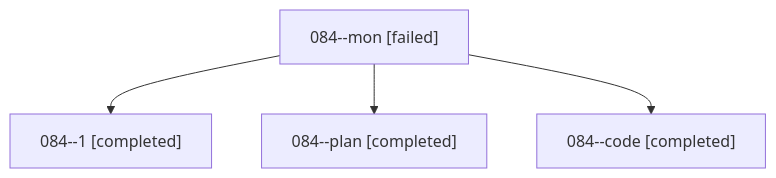
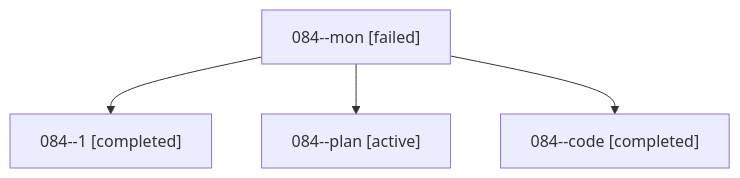
Before and after one commit to sase-org/sase--agents: the diagram in families/bbugyi200.athena.084.md, drawn with Mermaid. The commit also changed other lines of this file and 35830 other files, not shown here.

````diff
--- a/families/bbugyi200.athena.084.md
+++ b/families/bbugyi200.athena.084.md
@@ -9,10 +9,10 @@
 ```mermaid
 flowchart TD
   n0["084--mon [failed]"]
   n1["084--1 [completed]"]
   n0 --> n1
-  n2["084--plan [completed]"]
+  n2["084--plan [active]"]
   n0 --> n2
   n3["084--code [completed]"]
   n0 --> n3
 ```
````
